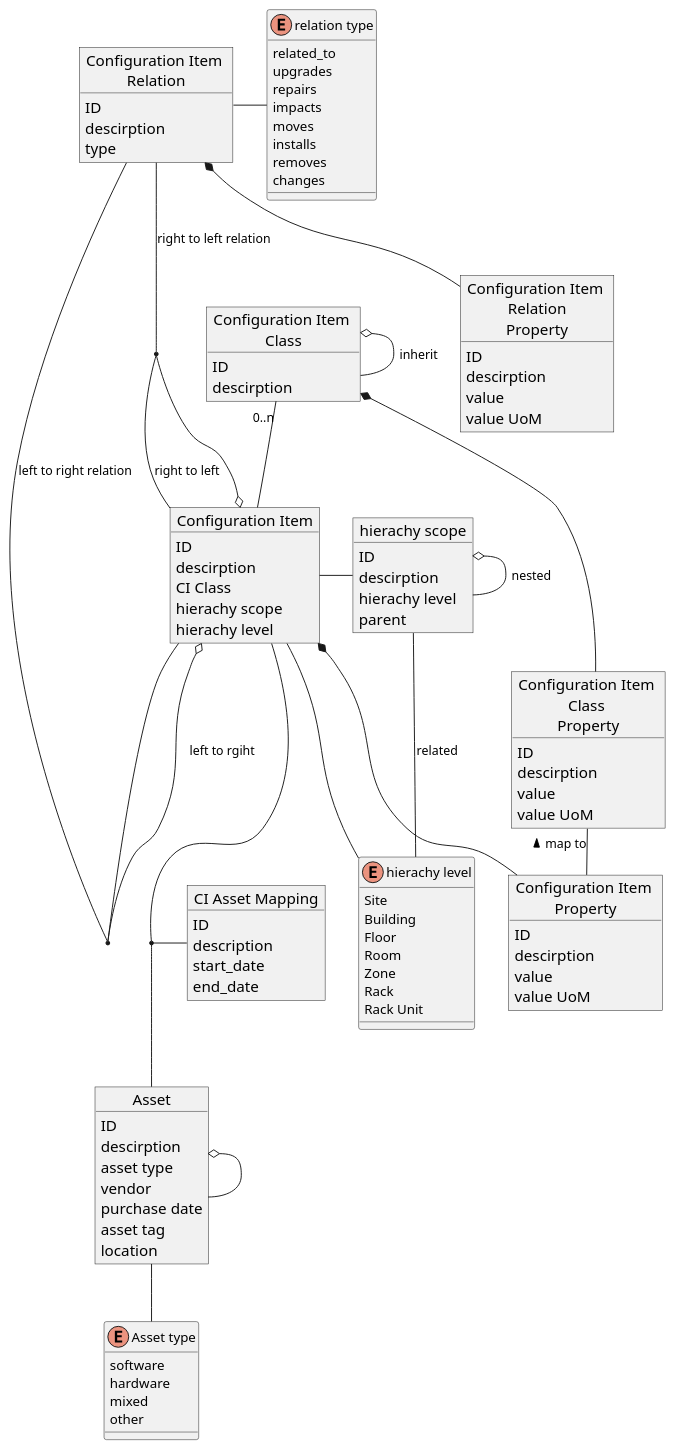
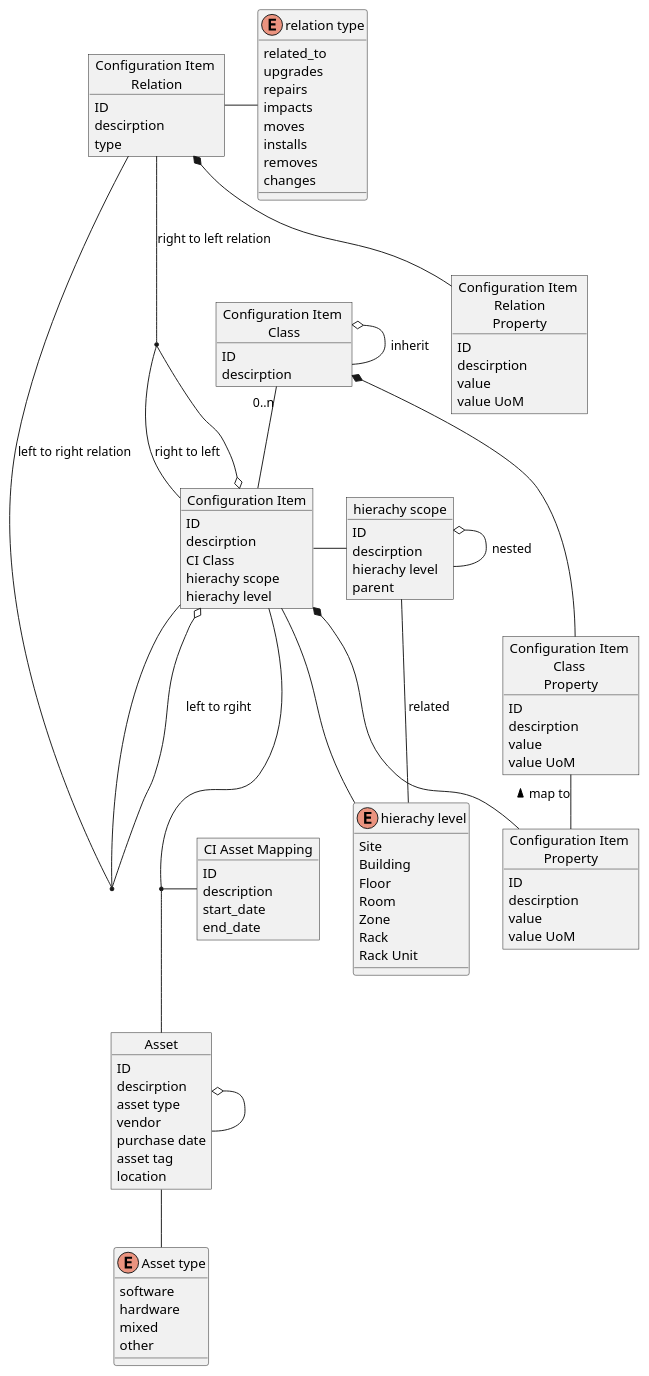
One commit to ITSM-Odoo/itsm changed the diagram in doc/uml/cmdb.plantuml. Above: the diagram before and after it, drawn with PlantUML. The commit also changed 4 other files, not shown here.

```diff
--- a/doc/uml/cmdb.plantuml
+++ b/doc/uml/cmdb.plantuml
@@ -2,117 +2,117 @@
 @startuml
 
-skinparam ObjectFontSize 18
-skinparam ObjectAttributeFontSize 16
+skinparam ObjectFontSize 14
+skinparam ObjectAttributeFontSize 14
 
 object "Configuration Item \nClass" as ci_class {
     ID
     descirption
 
 }
 object "Configuration Item \nClass \nProperty" as ci_class_prop {
     ID
     descirption
     value
     value UoM
 }
 object "Configuration Item \nProperty" as ci_prop {
     ID
     descirption
     value
     value UoM
 }
 object "Configuration Item \nRelation" as ci_rel {
     ID
     descirption
     type
 
 }
 object "Configuration Item \nRelation\nProperty" as ci_rel_prop {
     ID
     descirption
     value
     value UoM
 }
 
 object "Configuration Item"  as ci   {
     ID
     descirption
     CI Class
     hierachy scope
     hierachy level
 }
 
 object "hierachy scope" as h_scope {
     ID
     descirption
     hierachy level
     parent
 }
 
 enum "hierachy level" as h_level {
     Site
     Building
     Floor
     Room
     Zone
     Rack 
     Rack Unit
 }
 
 enum "relation type" as rel_type {
     related_to
     upgrades
     repairs
     impacts
     moves
     installs
     removes
     changes
 
 }
 
 object Asset {
     ID
     descirption
     asset type
     vendor
     purchase date
     asset tag
     location
 }
 
 enum "Asset type" {
     software
     hardware
     mixed
     other
 }
 
 object "CI Asset Mapping" as ci_asset_mapping {
     ID
     description
     start_date
     end_date
 }
 
 ci_class o-- ci_class  : inherit
 ci_class  "0..n"-- ci
 ci_class *--   ci_class_prop
 ci *-- ci_prop
 ci - h_level
 ci_class_prop  -   ci_prop : map to <
 ci - h_scope
 h_scope o-- h_scope : nested
 h_scope -- h_level : related
 ci o-- ci  : left to rgiht
 ci --o ci  : right to left
 (ci,ci) --  ci_rel :right to left relation
 (ci,ci) --  ci_rel :left to right relation
 ci_rel *-- ci_rel_prop
 ci_rel - rel_type
 (ci, Asset) -- ci_asset_mapping
 Asset o-- Asset
 Asset -- "Asset type"
 
 
 @enduml
```
